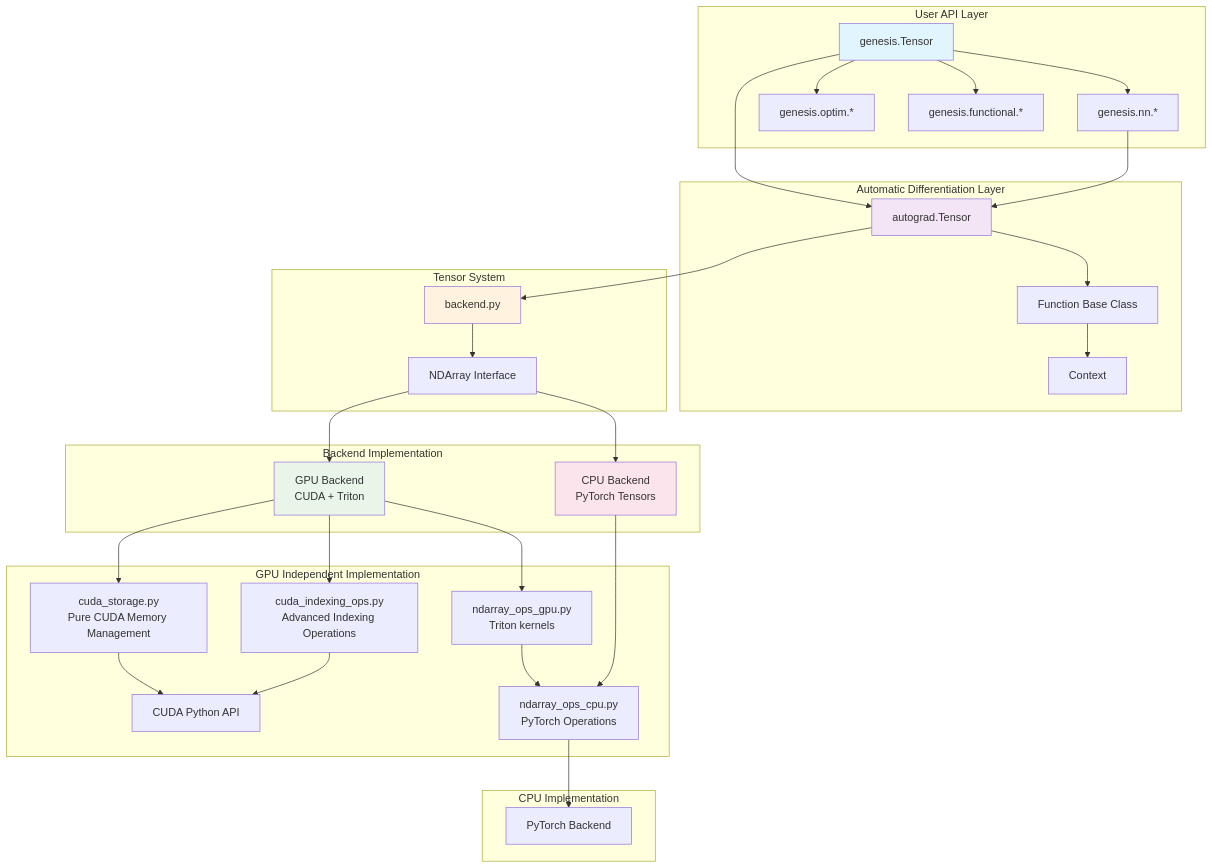
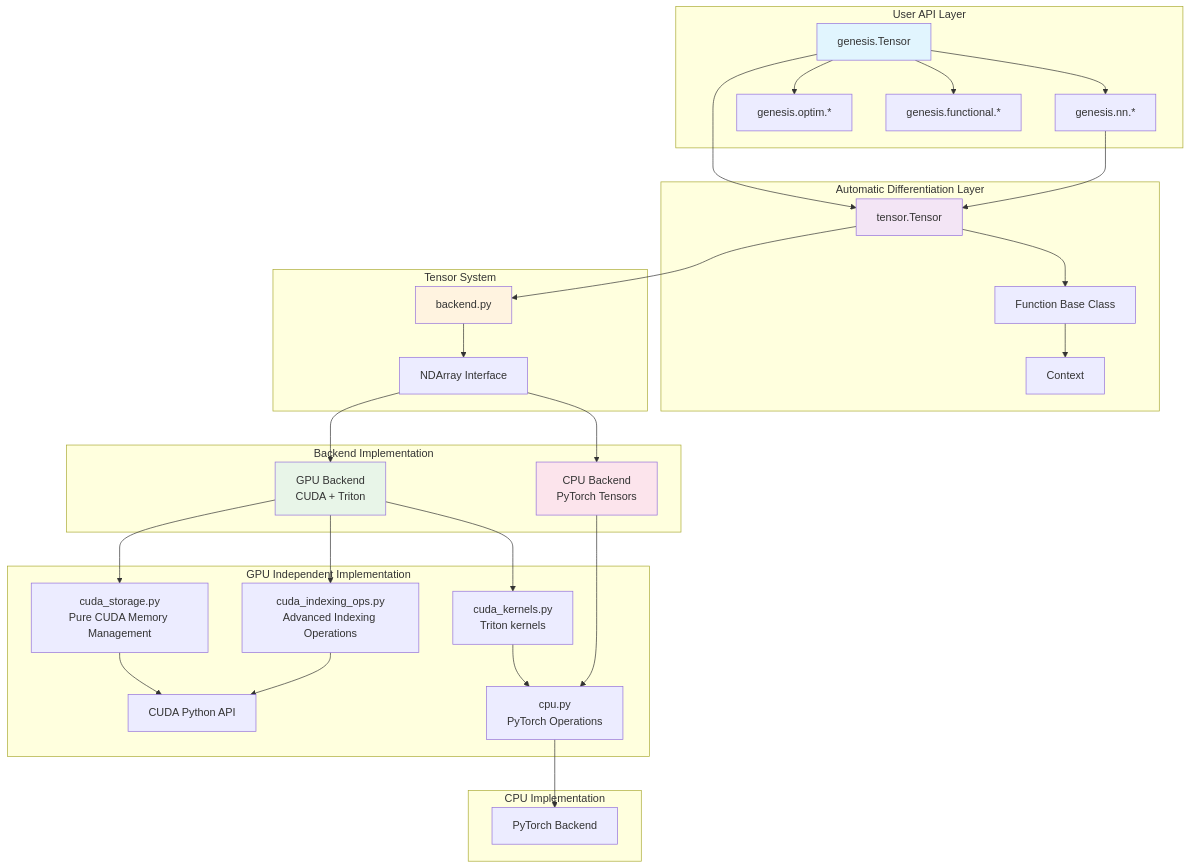
The diagram in docs/en/architecture/index.md (phonism/genesis), drawn with Mermaid before and after one commit. The commit also changed other lines of this file and 85 other files, not shown here.

````diff
--- a/docs/en/architecture/index.md
+++ b/docs/en/architecture/index.md
@@ -7,46 +7,46 @@
 ```mermaid
 graph TB
     subgraph "User API Layer"
         A[genesis.Tensor] --> B[genesis.nn.*]
         A --> C[genesis.optim.*]
         A --> D[genesis.functional.*]
     end
     
     subgraph "Automatic Differentiation Layer"
-        E[autograd.Tensor] --> F[Function Base Class]
+        E[tensor.Tensor] --> F[Function Base Class]
         F --> G[Context]
     end
     
     subgraph "Tensor System"
         H[backend.py] --> I[NDArray Interface]
     end
     
     subgraph "Backend Implementation"
         I --> J[CPU Backend<br/>PyTorch Tensors]
         I --> K[GPU Backend<br/>CUDA + Triton]
     end
     
     subgraph "GPU Independent Implementation"
         K --> L[cuda_storage.py<br/>Pure CUDA Memory Management]
         K --> M[cuda_indexing_ops.py<br/>Advanced Indexing Operations]
-        K --> N[ndarray_ops_gpu.py<br/>Triton kernels]
+        K --> N[cuda_kernels.py<br/>Triton kernels]
         L --> O[CUDA Python API]
         M --> O
         N --> P[Triton Compiler]
     end
     
     subgraph "CPU Implementation"
-        J --> P[ndarray_ops_cpu.py<br/>PyTorch Operations]
+        J --> P[cpu.py<br/>PyTorch Operations]
         P --> Q[PyTorch Backend]
     end
     
     A --> E
     B --> E
     E --> H
     
     style A fill:#e1f5fe
     style E fill:#f3e5f5
     style H fill:#fff3e0
     style K fill:#e8f5e8
     style J fill:#fce4ec
 ```
````
